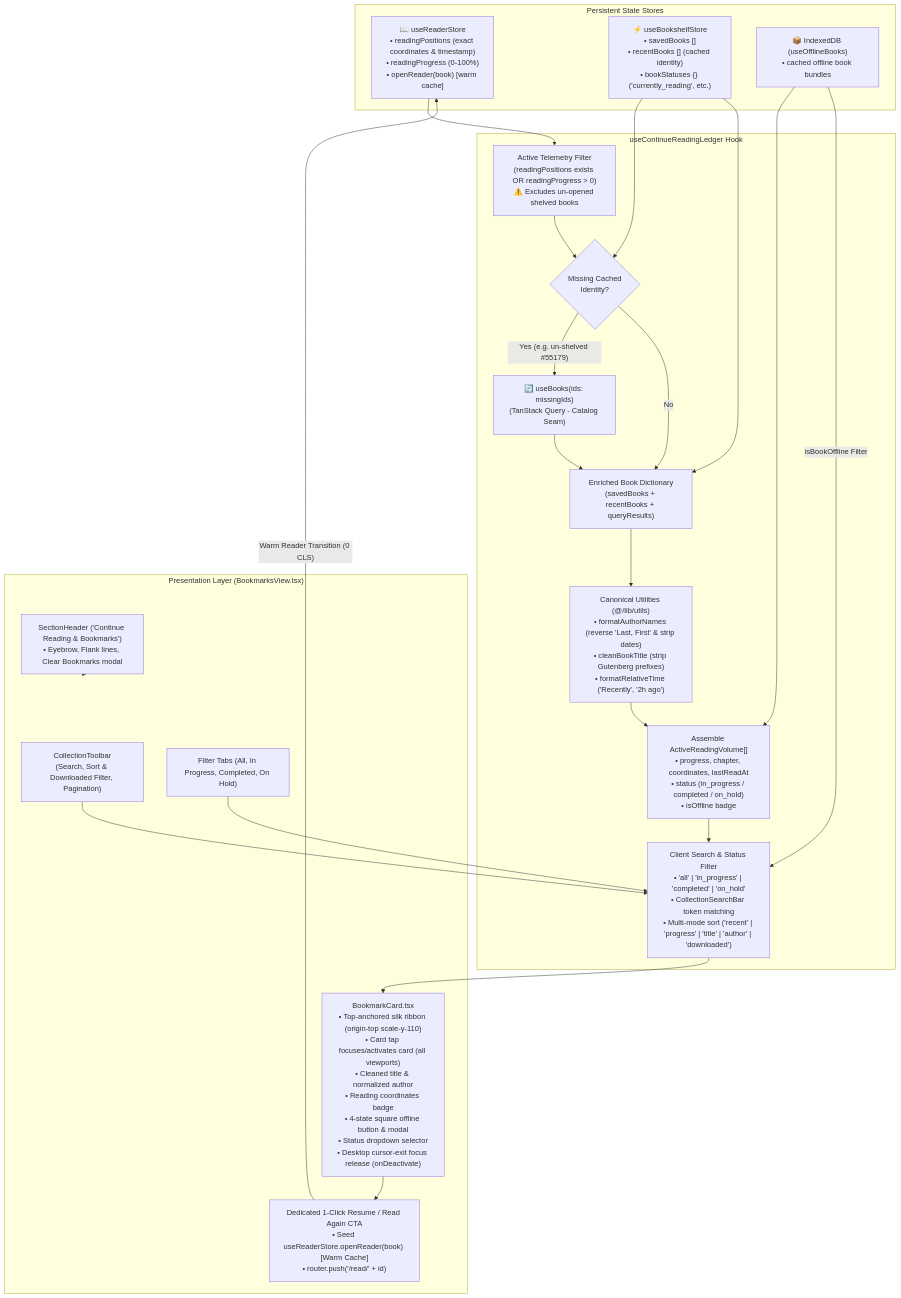
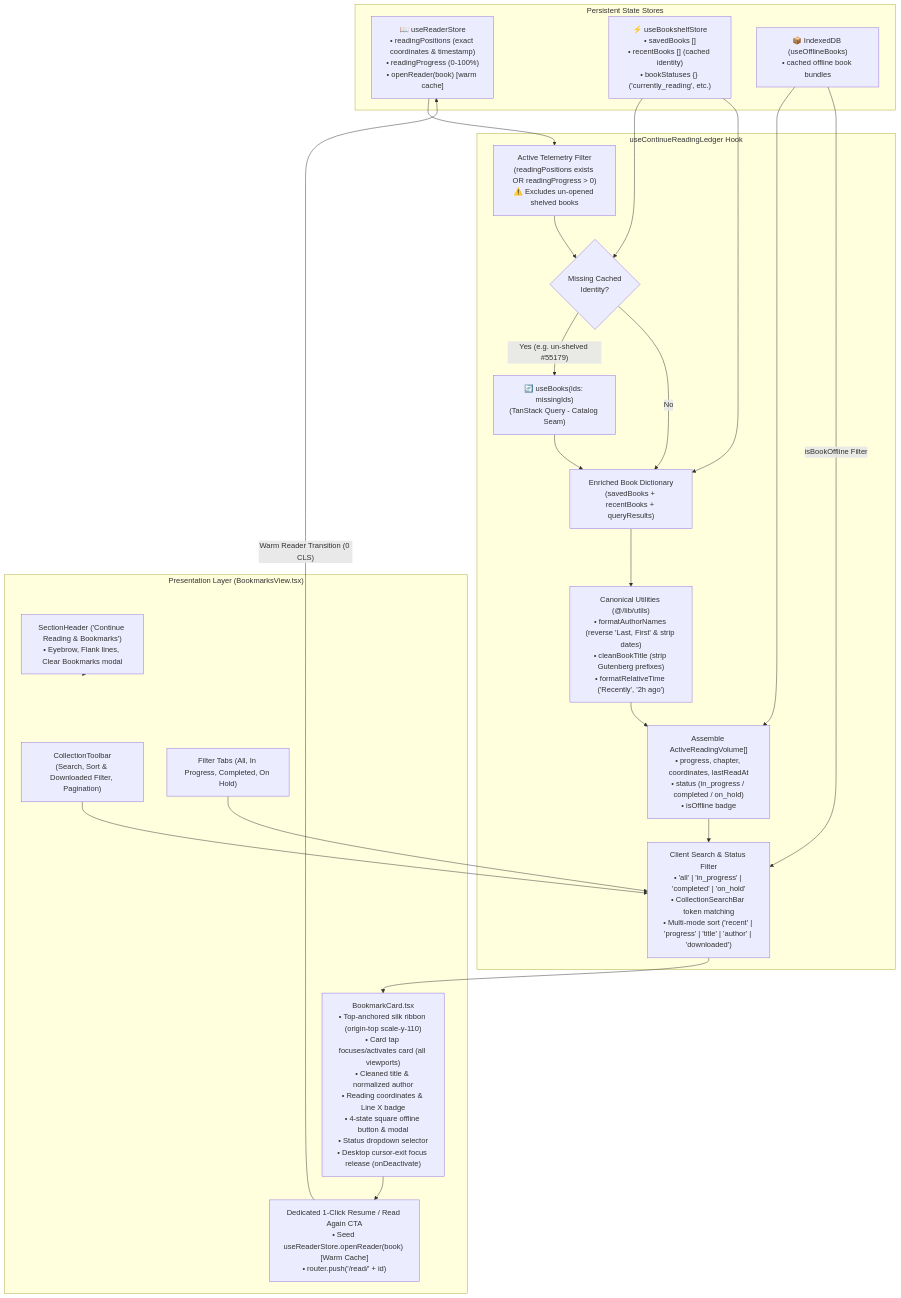
The third of 3 diagrams in docs/ARCHITECTURE.md (calin-m/Bookarium), drawn with Mermaid before and after one commit. The commit also changed other lines of this file and 31 other files, not shown here.

````diff
--- a/docs/ARCHITECTURE.md
+++ b/docs/ARCHITECTURE.md
@@ -313,45 +313,45 @@
 ```mermaid
 flowchart TD
     subgraph Storage ["Persistent State Stores"]
         RS["📖 useReaderStore\n• readingPositions (exact coordinates & timestamp)\n• readingProgress (0-100%)\n• openReader(book) [warm cache]"]
         BS["⚡ useBookshelfStore\n• savedBooks []\n• recentBooks [] (cached identity)\n• bookStatuses {} ('currently_reading', etc.)"]
         IDB["📦 IndexedDB (useOfflineBooks)\n• cached offline book bundles"]
     end
 
     subgraph LedgerHook ["useContinueReadingLedger Hook"]
         FilterActive["Active Telemetry Filter\n(readingPositions exists OR readingProgress > 0)\n⚠️ Excludes un-opened shelved books"]
         MissingCheck{"Missing Cached\nIdentity?"}
         QueryMissing["🔄 useBooks(ids: missingIds)\n(TanStack Query - Catalog Seam)"]
         EnrichDict["Enriched Book Dictionary\n(savedBooks + recentBooks + queryResults)"]
         Parser["Canonical Utilities (@/lib/utils)\n• formatAuthorNames (reverse 'Last, First' & strip dates)\n• cleanBookTitle (strip Gutenberg prefixes)\n• formatRelativeTime ('Recently', '2h ago')"]
         Assembly["Assemble ActiveReadingVolume[]\n• progress, chapter, coordinates, lastReadAt\n• status (in_progress / completed / on_hold)\n• isOffline badge"]
         FilterSort["Client Search & Status Filter\n• 'all' | 'in_progress' | 'completed' | 'on_hold'\n• CollectionSearchBar token matching\n• Multi-mode sort ('recent' | 'progress' | 'title' | 'author' | 'downloaded')"]
     end
 
     subgraph UI ["Presentation Layer (BookmarksView.tsx)"]
         Header["SectionHeader ('Continue Reading & Bookmarks')\n• Eyebrow, Flank lines, Clear Bookmarks modal"]
         Search["CollectionToolbar\n(Search, Sort & Downloaded Filter, Pagination)"]
         Tabs["Filter Tabs (All, In Progress, Completed, On Hold)"]
-        Cards["BookmarkCard.tsx\n• Top-anchored silk ribbon (origin-top scale-y-110)\n• Card tap focuses/activates card (all viewports)\n• Cleaned title & normalized author\n• Reading coordinates badge\n• 4-state square offline button & modal\n• Status dropdown selector\n• Desktop cursor-exit focus release (onDeactivate)"]
+        Cards["BookmarkCard.tsx\n• Top-anchored silk ribbon (origin-top scale-y-110)\n• Card tap focuses/activates card (all viewports)\n• Cleaned title & normalized author\n• Reading coordinates & Line X badge\n• 4-state square offline button & modal\n• Status dropdown selector\n• Desktop cursor-exit focus release (onDeactivate)"]
         ResumeAction["Dedicated 1-Click Resume / Read Again CTA\n• Seed useReaderStore.openReader(book) [Warm Cache]\n• router.push('/read/' + id)"]
     end
 
     RS --> FilterActive
     FilterActive --> MissingCheck
     BS --> MissingCheck
     MissingCheck -->|"Yes (e.g. un-shelved #55179)"| QueryMissing
     QueryMissing --> EnrichDict
     MissingCheck -->|"No"| EnrichDict
     BS --> EnrichDict
     EnrichDict --> Parser
     Parser --> Assembly
     IDB --> Assembly
     IDB -->|"isBookOffline Filter"| FilterSort
     Assembly --> FilterSort
     FilterSort --> Cards
     Header --> UI
     Search --> FilterSort
     Tabs --> FilterSort
     Cards --> ResumeAction
     ResumeAction -->|"Warm Reader Transition (0 CLS)"| RS
 ```
````
